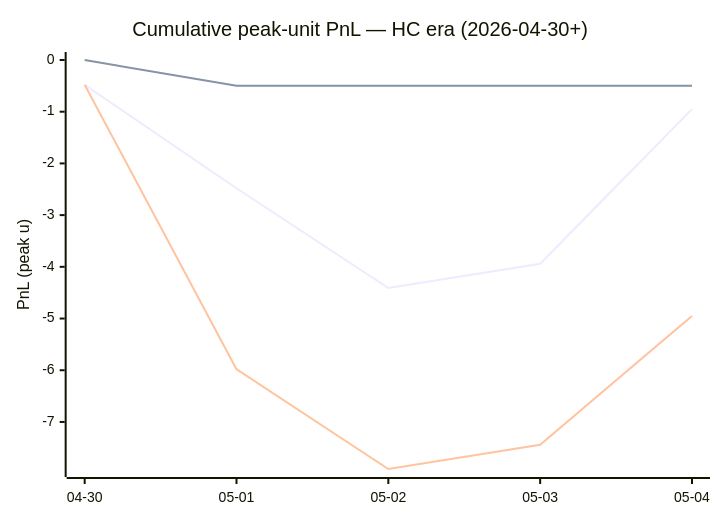
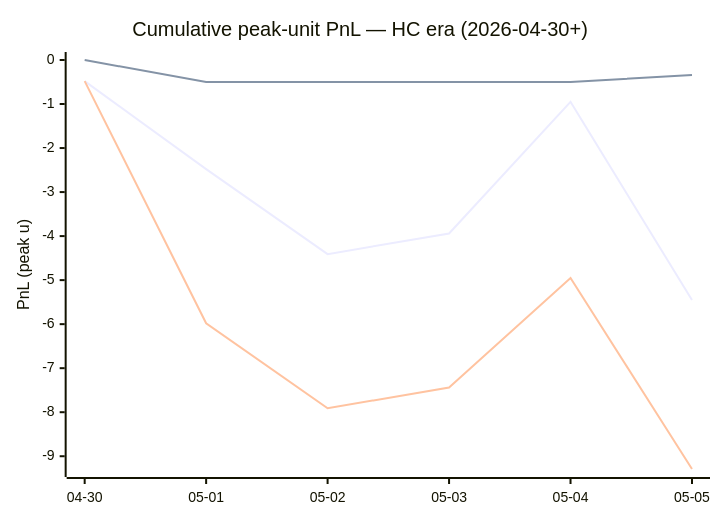
One commit to dpk1212/nhl-savant changed the diagram in DAILY_V6_REPORT.md. Above: the diagram before and after it, drawn with Mermaid. The commit also changed other lines of this file, not shown here.

````diff
--- a/DAILY_V6_REPORT.md
+++ b/DAILY_V6_REPORT.md
@@ -138,9 +156,9 @@
 ```mermaid
 xychart-beta
     title "Cumulative peak-unit PnL — HC era (2026-04-30+)"
-    x-axis ["04-30", "05-01", "05-02", "05-03", "05-04"]
+    x-axis ["04-30", "05-01", "05-02", "05-03", "05-04", "05-05"]
     y-axis "PnL (peak u)"
-    line "HC ≥ +1" [-0.48, -2.48, -4.41, -3.94, -0.95]
-    line "HC = 0"  [0.00, -0.50, -0.50, -0.50, -0.50]
-    line "All (HC era)" [-0.48, -5.98, -7.91, -7.44, -4.95]
+    line "HC ≥ +1" [-0.48, -2.48, -4.41, -3.94, -0.95, -5.45]
+    line "HC = 0"  [0.00, -0.50, -0.50, -0.50, -0.50, -0.34]
+    line "All (HC era)" [-0.48, -5.98, -7.91, -7.44, -4.95, -9.29]
 ```
````
